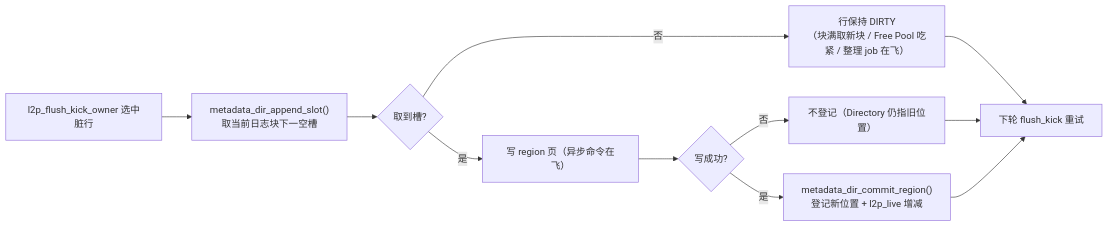
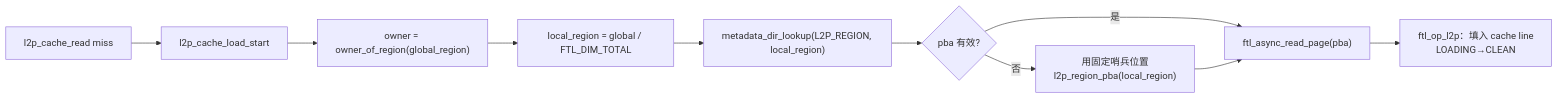
One commit to YzYMIAO/BASESSD changed the sixth of 28 diagrams in docs/design/ftl_design.md. Above: the diagram before and after it, drawn with Mermaid. The commit also changed other lines of this file and 4 other files, not shown here.

````diff
--- a/docs/design/ftl_design.md
+++ b/docs/design/ftl_design.md
@@ -1921,13 +1147,12 @@
 ```mermaid
 flowchart LR
-    A["l2p_flush_kick_owner 选中脏行"] --> B["metadata_dir_append_slot()\n取当前日志块下一空槽"]
-    B --> C{"取到槽?"}
-    C -- 否 --> D["行保持 DIRTY\n（块满取新块 / Free Pool 吃紧 / 整理 job 在飞）"]
-    C -- 是 --> E["写 region 页（异步命令在飞）"]
-    E --> F{"写成功?"}
-    F -- 否 --> G["不登记（Directory 仍指旧位置）"]
-    F -- 是 --> H["metadata_dir_commit_region()\n登记新位置 + l2p_live 增减"]
-    D --> I["下轮 flush_kick 重试"]
-    G --> I
-    H --> I
+    A["l2p_cache_read miss"] --> B["l2p_cache_load_start"]
+    B --> C["owner = owner_of_region(global_region)"]
+    C --> D["local_region = global / FTL_DIM_TOTAL"]
+    D --> E["metadata_dir_lookup(L2P_REGION, local_region)"]
+    E --> F{"pba 有效?"}
+    F -- "是" --> G["ftl_async_read_page(pba)"]
+    F -- "否" --> H["用固定哨兵位置<br/>l2p_region_pba(local_region)"]
+    H --> G
+    G --> I["ftl_op_l2p：填入 cache line<br/>LOADING→CLEAN"]
 ```
````
